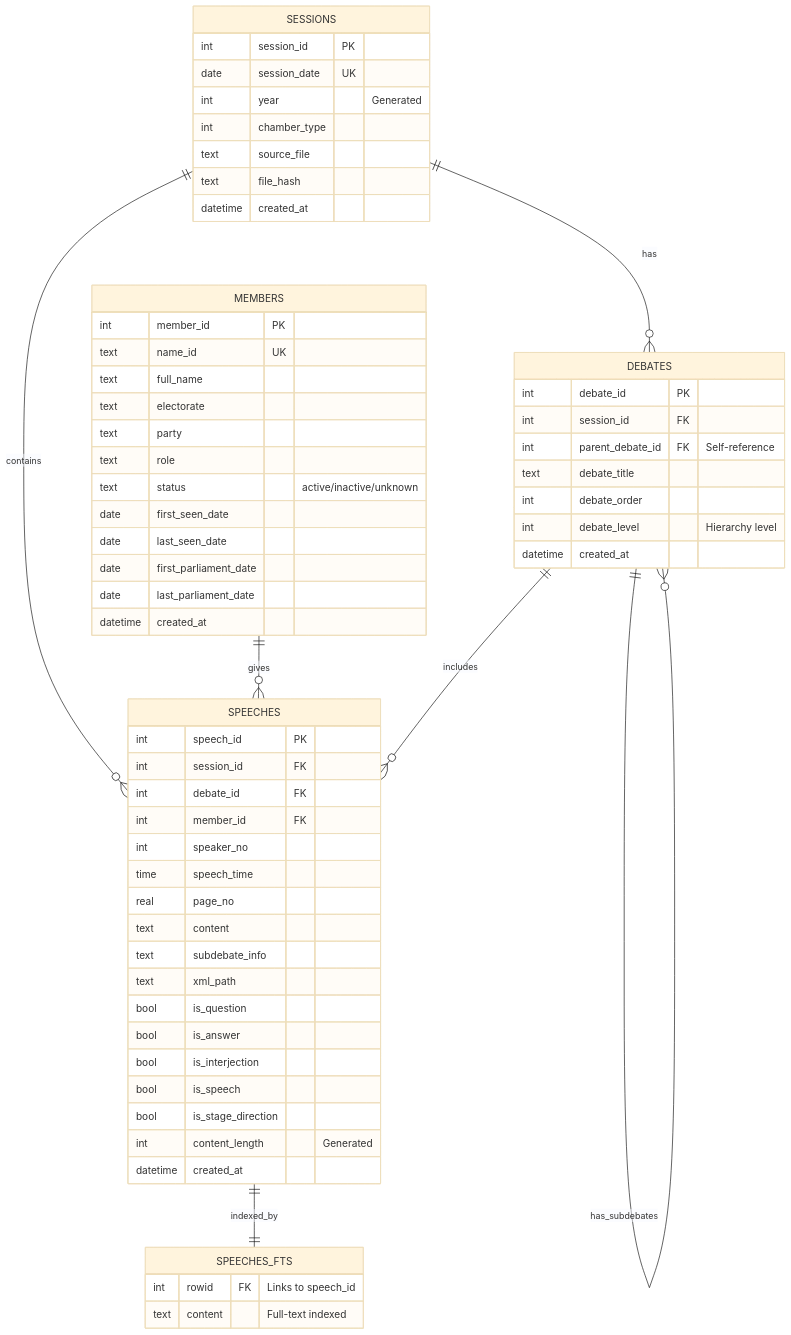
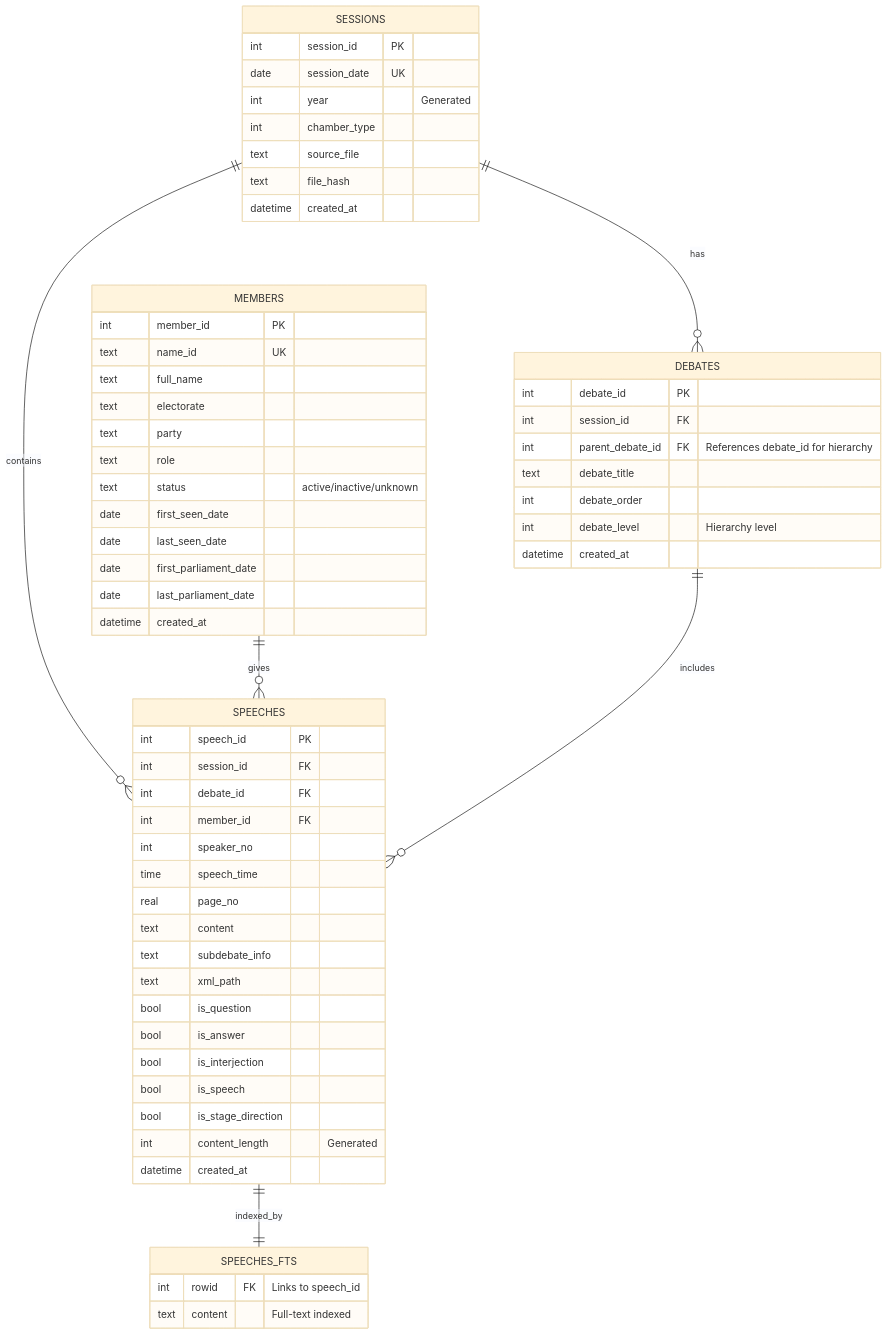
Before and after one commit to Australian-Parliamentary-Speech/hansardR: the first of 2 diagrams in README.Rmd, drawn with Mermaid (base theme). The commit also changed 2 other files, not shown here.

Commit message:
Fix database schema

````diff
--- a/README.Rmd
+++ b/README.Rmd
@@ -136,69 +136,68 @@
 ```mermaid
 erDiagram
     SESSIONS {
         int session_id PK
         date session_date UK
         int year "Generated"
         int chamber_type
         text source_file
         text file_hash
         datetime created_at
     }
     
     MEMBERS {
         int member_id PK
         text name_id UK
         text full_name
         text electorate
         text party
         text role
         text status "active/inactive/unknown"
         date first_seen_date
         date last_seen_date
         date first_parliament_date
         date last_parliament_date
         datetime created_at
     }
     
     DEBATES {
         int debate_id PK
         int session_id FK
-        int parent_debate_id FK "Self-reference"
+        int parent_debate_id FK "References debate_id for hierarchy"
         text debate_title
         int debate_order
         int debate_level "Hierarchy level"
         datetime created_at
     }
     
     SPEECHES {
         int speech_id PK
         int session_id FK
         int debate_id FK
         int member_id FK
         int speaker_no
         time speech_time
         real page_no
         text content
         text subdebate_info
         text xml_path
         bool is_question
         bool is_answer
         bool is_interjection
         bool is_speech
         bool is_stage_direction
         int content_length "Generated"
         datetime created_at
     }
     
     SPEECHES_FTS {
         int rowid FK "Links to speech_id"
         text content "Full-text indexed"
     }
 
     SESSIONS ||--o{ DEBATES : "has"
     SESSIONS ||--o{ SPEECHES : "contains"
     MEMBERS ||--o{ SPEECHES : "gives"
     DEBATES ||--o{ SPEECHES : "includes"
-    DEBATES ||--o{ DEBATES : "has_subdebates"
     SPEECHES ||--|| SPEECHES_FTS : "indexed_by"
 ```
````
